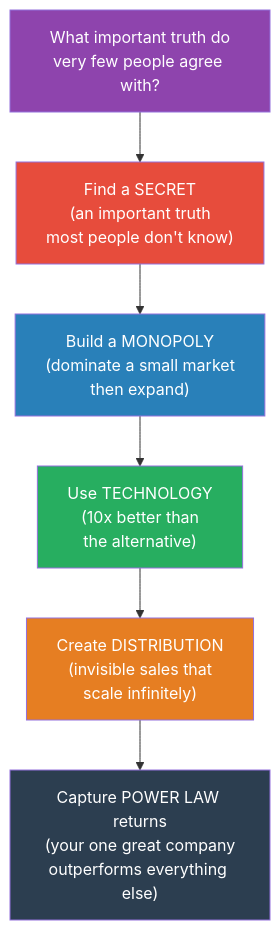
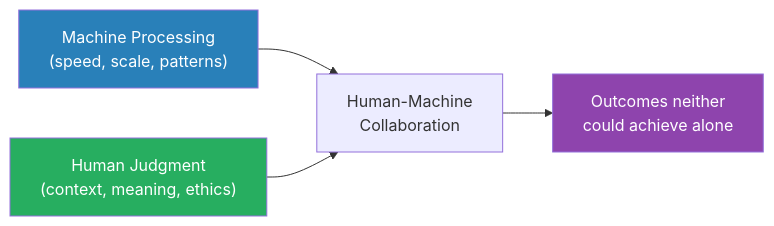
The sixth of 7 diagrams in summaries/Leadership & Management/Zero to One - Peter Thiel.md (alius33/reader), drawn with Mermaid before and after one commit. The commit also changed other lines of this file and 272 other files, not shown here.

````diff
--- a/summaries/Leadership & Management/Zero to One - Peter Thiel.md
+++ b/summaries/Leadership & Management/Zero to One - Peter Thiel.md
@@ -512,16 +874,9 @@
 ```mermaid
-flowchart TD
-    Q["What important truth do\nvery few people agree with?"]
-    Q --> S["Find a SECRET\n(an important truth\nmost people don't know)"]
-    S --> M["Build a MONOPOLY\n(dominate a small market\nthen expand)"]
-    M --> T["Use TECHNOLOGY\n(10x better than\nthe alternative)"]
-    T --> D["Create DISTRIBUTION\n(invisible sales that\nscale infinitely)"]
-    D --> P["Capture POWER LAW returns\n(your one great company\noutperforms everything else)"]
-    
-    style Q fill:#8e44ad,color:#fff
-    style S fill:#e74c3c,color:#fff
-    style M fill:#2980b9,color:#fff
-    style T fill:#27ae60,color:#fff
-    style D fill:#e67e22,color:#fff
-    style P fill:#2c3e50,color:#fff
+flowchart LR
+    A["Machine Processing<br>(speed, scale, patterns)"] --> C["Human-Machine<br>Collaboration"]
+    B["Human Judgment<br>(context, meaning, ethics)"] --> C
+    C --> D["Outcomes neither<br>could achieve alone"]
+    style A fill:#2980b9,color:#fff
+    style B fill:#27ae60,color:#fff
+    style D fill:#8e44ad,color:#fff
 ```
````
